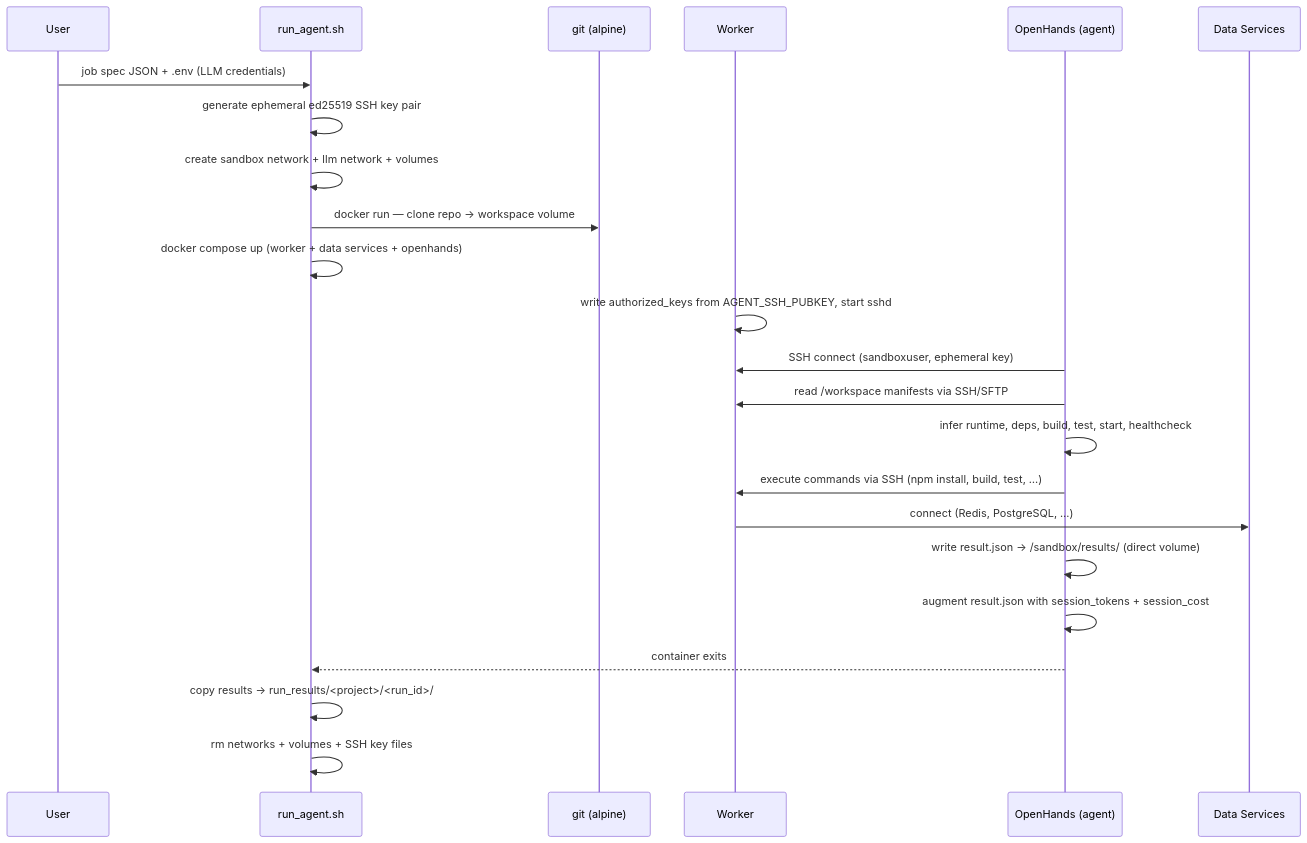
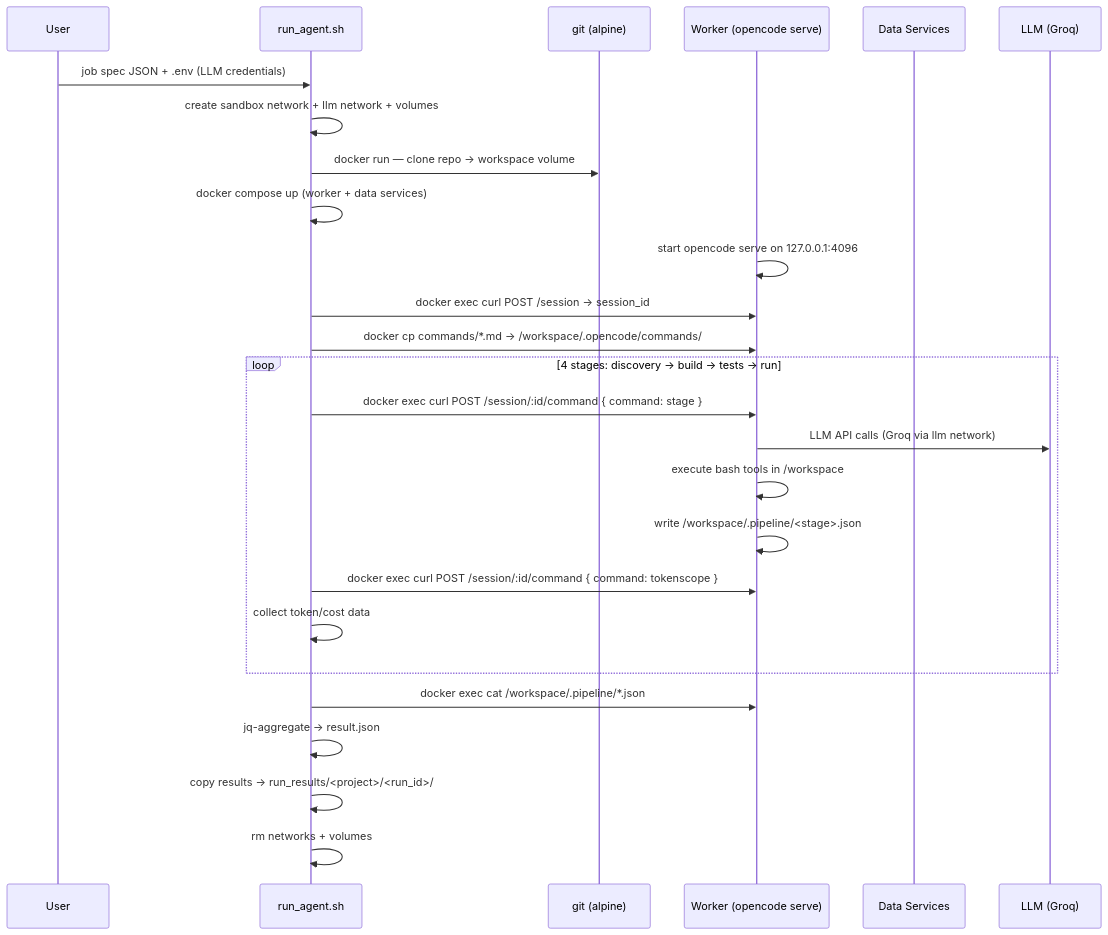
One commit to maxim-grin/agent-sandbox changed the first of 2 diagrams in ARCHITECTURE.md. Above: the diagram before and after it, drawn with Mermaid. The commit also changed other lines of this file and 2 other files, not shown here.

Commit message:
update architecture and docs

````diff
--- a/ARCHITECTURE.md
+++ b/ARCHITECTURE.md
@@ -11,26 +11,29 @@
 ```mermaid
 sequenceDiagram
     participant U as User
     participant R as run_agent.sh
     participant G as git (alpine)
-    participant W as Worker
-    participant O as OpenHands (agent)
+    participant W as Worker (opencode serve)
     participant DS as Data Services
+    participant L as LLM (Groq)
 
     U->>R: job spec JSON + .env (LLM credentials)
-    R->>R: generate ephemeral ed25519 SSH key pair
     R->>R: create sandbox network + llm network + volumes
     R->>G: docker run — clone repo → workspace volume
-    R->>R: docker compose up (worker + data services + openhands)
-    W->>W: write authorized_keys from AGENT_SSH_PUBKEY, start sshd
-    O->>W: SSH connect (sandboxuser, ephemeral key)
-    O->>W: read /workspace manifests via SSH/SFTP
-    O->>O: infer runtime, deps, build, test, start, healthcheck
-    O->>W: execute commands via SSH (npm install, build, test, …)
-    W->>DS: connect (Redis, PostgreSQL, …)
-    O->>O: write result.json → /sandbox/results/ (direct volume)
-    O->>O: augment result.json with session_tokens + session_cost
-    O-->>R: container exits
+    R->>R: docker compose up (worker + data services)
+    W->>W: start opencode serve on 127.0.0.1:4096
+    R->>W: docker exec curl POST /session  →  session_id
+    R->>W: docker cp commands/*.md → /workspace/.opencode/commands/
+    loop 4 stages: discovery → build → tests → run
+        R->>W: docker exec curl POST /session/:id/command { command: stage }
+        W->>L: LLM API calls (Groq via llm network)
+        W->>W: execute bash tools in /workspace
+        W->>W: write /workspace/.pipeline/<stage>.json
+        R->>W: docker exec curl POST /session/:id/command { command: tokenscope }
+        R->>R: collect token/cost data
+    end
+    R->>W: docker exec cat /workspace/.pipeline/*.json
+    R->>R: jq-aggregate → result.json
     R->>R: copy results → run_results/<project>/<run_id>/
-    R->>R: rm networks + volumes + SSH key files
+    R->>R: rm networks + volumes
 ```
````
